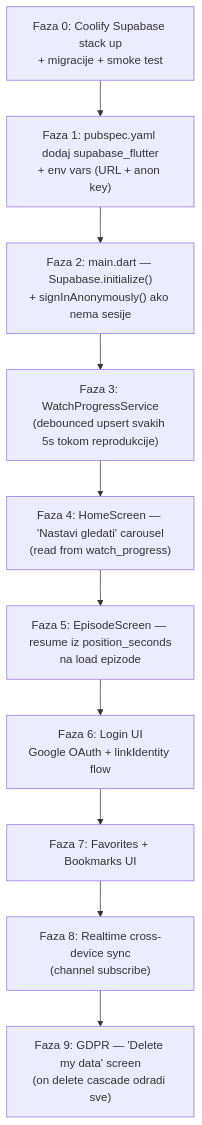
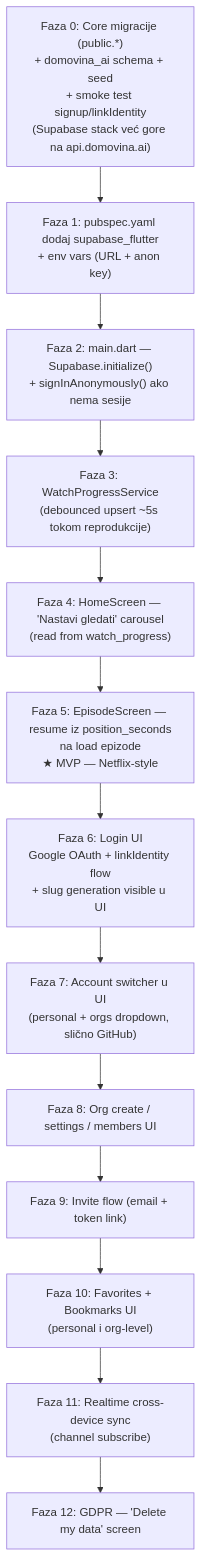
Diagram 13 of 13 in docs/auth-and-database-plan.md (domovinatv/ai.domovina.tv), drawn with Mermaid before and after one commit. The commit also changed other lines of this file, not shown here.

First line of the commit message:
docs(auth): v2 — GitHub-style accounts/orgs + Supabase best practices

````diff
--- a/docs/auth-and-database-plan.md
+++ b/docs/auth-and-database-plan.md
@@ -547,13 +1029,16 @@
 ```mermaid
 flowchart TB
-    M1["Faza 0: Coolify Supabase stack up<br/>+ migracije + smoke test"] --> M2
-    M2["Faza 1: pubspec.yaml dodaj supabase_flutter<br/>+ env vars (URL + anon key)"] --> M3
-    M3["Faza 2: main.dart — Supabase.initialize()<br/>+ signInAnonymously() ako nema sesije"] --> M4
-    M4["Faza 3: WatchProgressService<br/>(debounced upsert svakih 5s tokom reprodukcije)"] --> M5
-    M5["Faza 4: HomeScreen — 'Nastavi gledati' carousel<br/>(read from watch_progress)"] --> M6
-    M6["Faza 5: EpisodeScreen — resume iz position_seconds<br/>na load epizode"] --> M7
-    M7["Faza 6: Login UI<br/>Google OAuth + linkIdentity flow"] --> M8
-    M8["Faza 7: Favorites + Bookmarks UI"] --> M9
-    M9["Faza 8: Realtime cross-device sync<br/>(channel subscribe)"] --> M10
-    M10["Faza 9: GDPR — 'Delete my data' screen<br/>(on delete cascade odradi sve)"]
+    M0["Faza 0: Core migracije (public.*)<br/>+ domovina_ai schema + seed<br/>+ smoke test signup/linkIdentity<br/>(Supabase stack već gore na api.domovina.ai)"] --> M1
+    M1["Faza 1: pubspec.yaml dodaj supabase_flutter<br/>+ env vars (URL + anon key)"] --> M2
+    M2["Faza 2: main.dart — Supabase.initialize()<br/>+ signInAnonymously() ako nema sesije"] --> M3
+    M3["Faza 3: WatchProgressService<br/>(debounced upsert ~5s tokom reprodukcije)"] --> M4
+    M4["Faza 4: HomeScreen — 'Nastavi gledati' carousel<br/>(read from watch_progress)"] --> M5
+    M5["Faza 5: EpisodeScreen — resume iz position_seconds<br/>na load epizode<br/>★ MVP — Netflix-style"] --> M6
+    M6["Faza 6: Login UI<br/>Google OAuth + linkIdentity flow<br/>+ slug generation visible u UI"] --> M7
+    M7["Faza 7: Account switcher u UI<br/>(personal + orgs dropdown, slično GitHub)"] --> M8
+    M8["Faza 8: Org create / settings / members UI"] --> M9
+    M9["Faza 9: Invite flow (email + token link)"] --> M10
+    M10["Faza 10: Favorites + Bookmarks UI<br/>(personal i org-level)"] --> M11
+    M11["Faza 11: Realtime cross-device sync<br/>(channel subscribe)"] --> M12
+    M12["Faza 12: GDPR — 'Delete my data' screen"]
 ```
````
